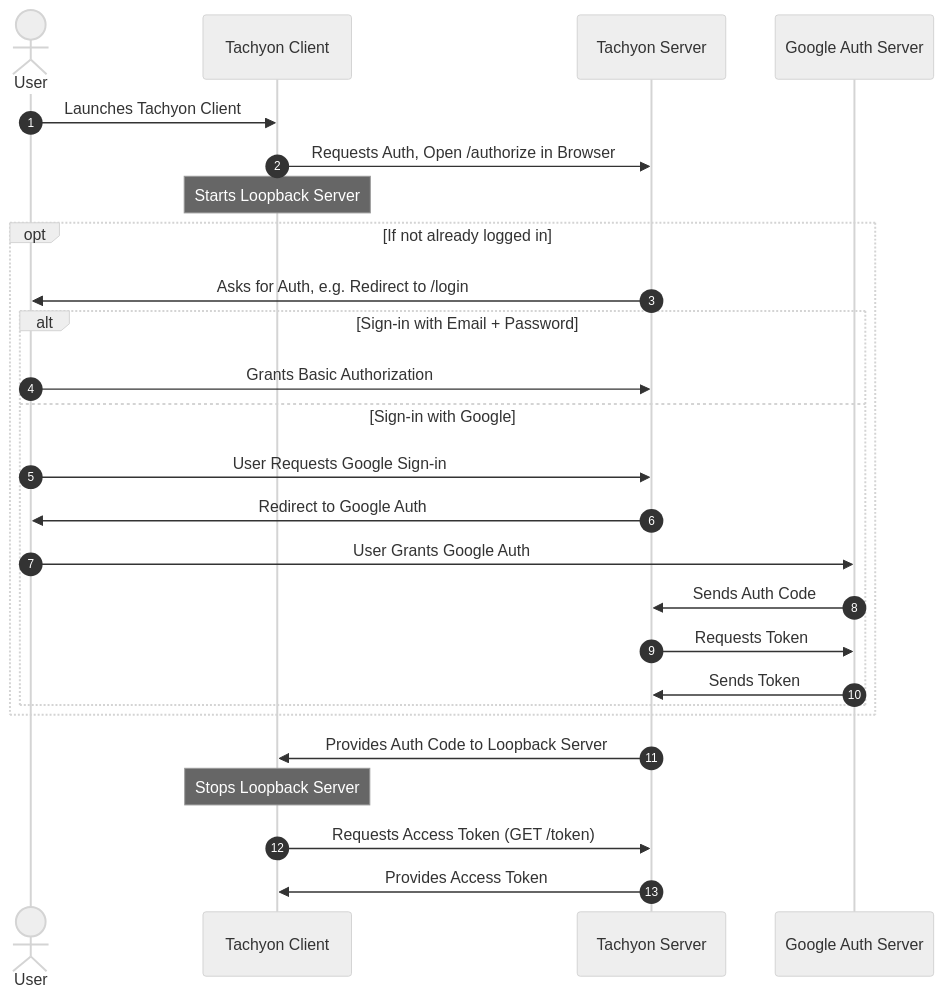
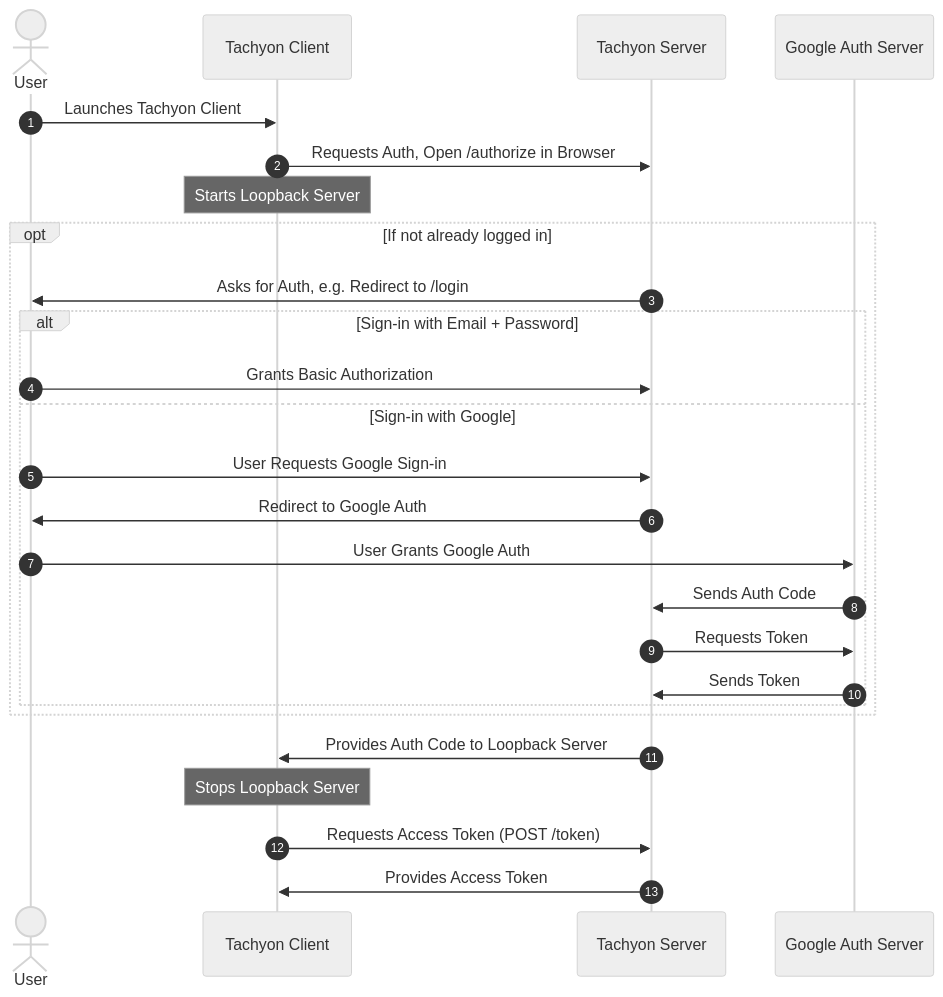
One commit to beyond-all-reason/tachyon changed the first of 2 diagrams in docs/authorization.md. Above: the diagram before and after it, drawn with Mermaid (neutral theme). The commit also changed other lines of this file, not shown here.

Commit message:
Document the token request as a form-encoded POST

````diff
--- a/docs/authorization.md
+++ b/docs/authorization.md
@@ -89,32 +89,32 @@
 ```mermaid
 sequenceDiagram
    autonumber
 
    actor User
    participant Client as Tachyon Client
    participant Server as Tachyon Server
    participant Google as Google Auth Server
 
    User ->> Client: Launches Tachyon Client
    Client ->> Server: Requests Auth, Open /authorize in Browser
    Note over Client: Starts Loopback Server
    opt If not already logged in
       Server ->> User: Asks for Auth, e.g. Redirect to /login
       alt Sign-in with Email + Password
          User ->> Server: Grants Basic Authorization 
       else Sign-in with Google
          User ->> Server: User Requests Google Sign-in
          Server ->> User: Redirect to Google Auth
          User ->> Google: User Grants Google Auth
          Google ->> Server: Sends Auth Code
          Server ->> Google: Requests Token
          Google ->> Server: Sends Token
       end
    end
    %%Note over User,Server: If user already has valid auth sesssion then sign-in not required
    
    Server ->> Client: Provides Auth Code to Loopback Server
    Note over Client: Stops Loopback Server
-   Client ->> Server: Requests Access Token (GET /token)
+   Client ->> Server: Requests Access Token (POST /token)
    Server ->> Client: Provides Access Token
 ```
````
